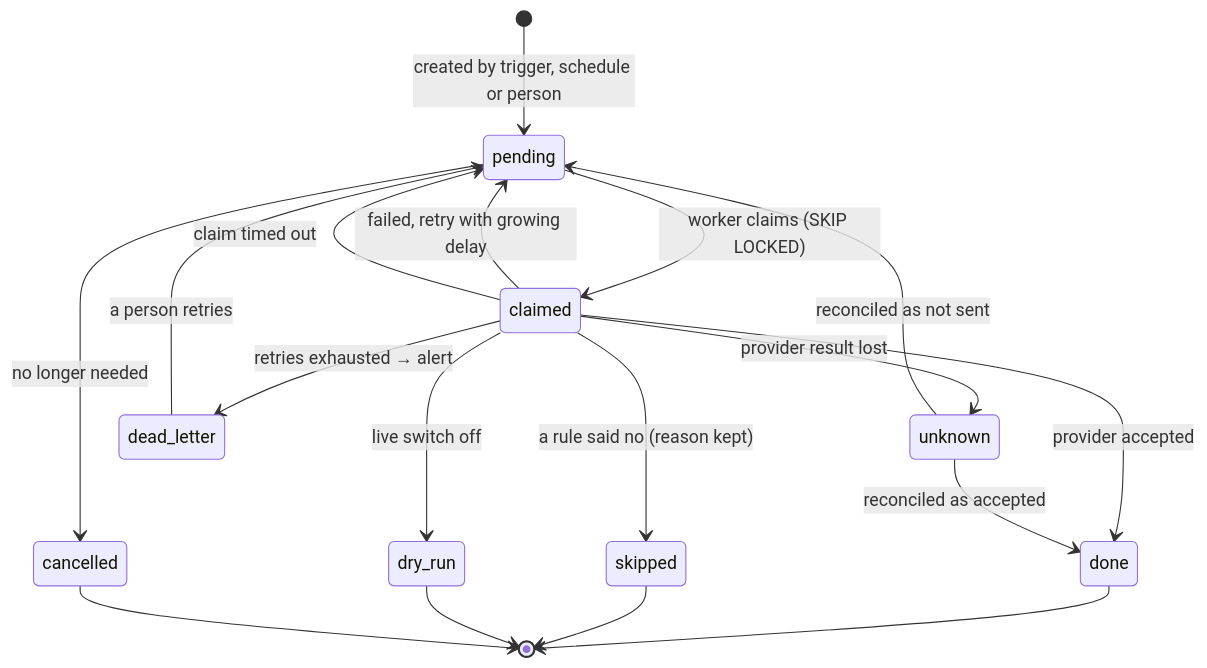
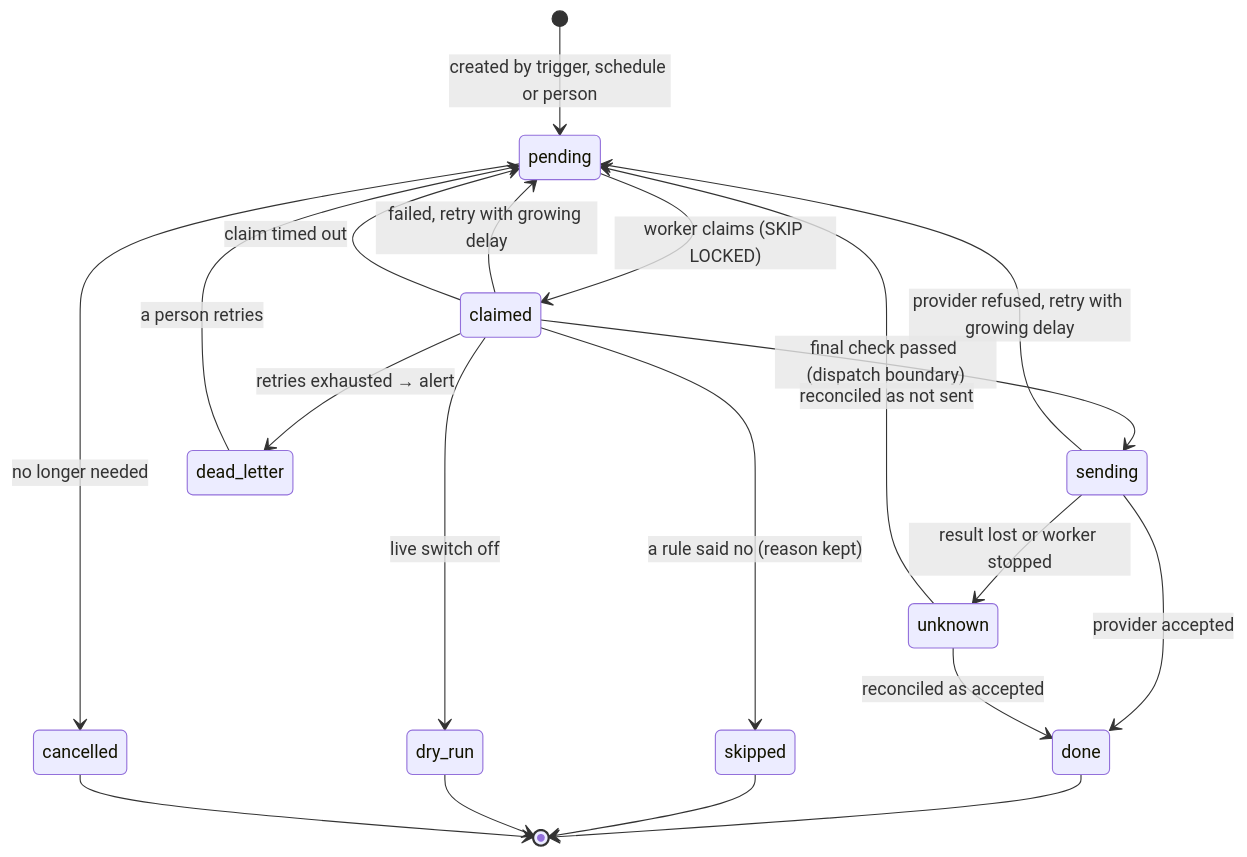
Before and after one commit to singhdhruv525-source/Zella-AI: the fourth of 15 diagrams in ZELLA_VOICE_RULES.md, drawn with Mermaid. The commit also changed other lines of this file and 1 other file, not shown here.

````diff
--- a/ZELLA_VOICE_RULES.md
+++ b/ZELLA_VOICE_RULES.md
@@ -170,20 +170,22 @@
   ```mermaid
   stateDiagram-v2
     [*] --> pending: created by trigger, schedule or person
     pending --> claimed: worker claims (SKIP LOCKED)
-    claimed --> done: provider accepted
-    claimed --> unknown: provider result lost
+    claimed --> sending: final check passed (dispatch boundary)
+    sending --> done: provider accepted
+    sending --> pending: provider refused, retry with growing delay
+    sending --> unknown: result lost or worker stopped
     unknown --> done: reconciled as accepted
     unknown --> pending: reconciled as not sent
     claimed --> skipped: a rule said no (reason kept)
     claimed --> dry_run: live switch off
     claimed --> pending: failed, retry with growing delay
     claimed --> pending: claim timed out
     claimed --> dead_letter: retries exhausted → alert
     pending --> cancelled: no longer needed
     dead_letter --> pending: a person retries
     done --> [*]
     skipped --> [*]
     dry_run --> [*]
     cancelled --> [*]
   ```
````
